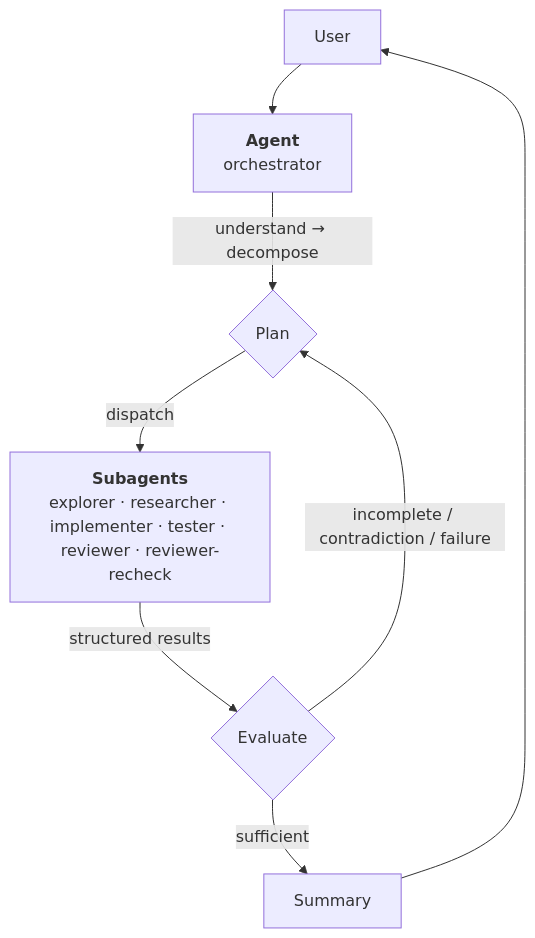
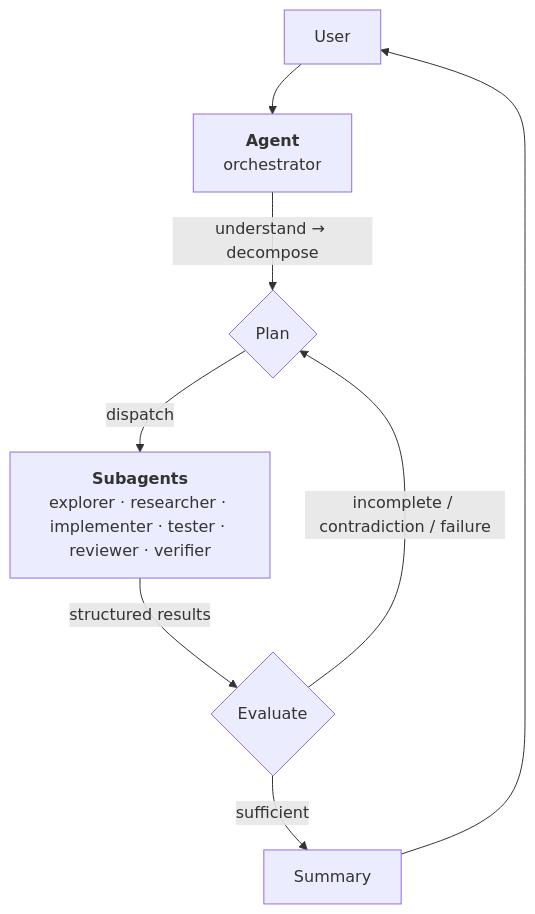
Before and after one commit to alpheusagents/orchestrator: the diagram in README.md, drawn with Mermaid. The commit also changed other lines of this file and 2 other files, not shown here.

Commit message:
refactor: rename reviewer-recheck to verifier

````diff
--- a/README.md
+++ b/README.md
@@ -29,10 +29,10 @@
 ```mermaid
 flowchart TD
     U[User] --> M[<b>Agent</b><br/>orchestrator]
     M -->|understand → decompose| D{Plan}
-    D -->|dispatch| W[<b>Subagents</b><br/>explorer · researcher · implementer · tester · reviewer · reviewer-recheck]
+    D -->|dispatch| W[<b>Subagents</b><br/>explorer · researcher · implementer · tester · reviewer · verifier]
     W -->|structured results| E{Evaluate}
     E -->|incomplete / contradiction / failure| D
     E -->|sufficient| S[Summary]
     S --> U
 ```
````
